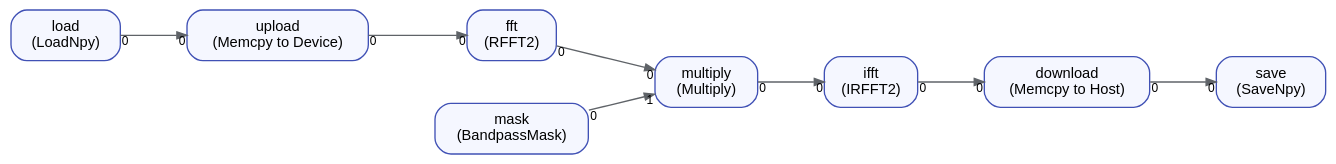
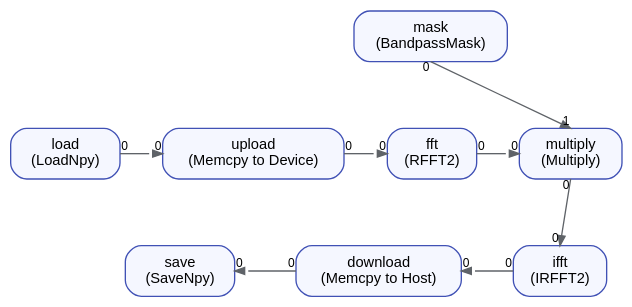
One commit to DigitalHolography/Holoflow changed the diagram in doc/mkdocs/docs/assets/graphs/holoflow-bandpass-spec.dot. Above: the diagram before and after it, drawn with Graphviz. The commit also changed 3 other files, not shown here.

Commit message:
docs: align bandpass graph layouts

```diff
--- a/doc/mkdocs/docs/assets/graphs/holoflow-bandpass-spec.dot
+++ b/doc/mkdocs/docs/assets/graphs/holoflow-bandpass-spec.dot
@@ -1,24 +1,42 @@
 digraph holoflow_graph {
-  rankdir=LR;
-  graph [bgcolor="transparent", pad="0.25", nodesep="0.45", ranksep="0.7"];
+  rankdir=TB;
+  newrank=true;
+  graph [bgcolor="transparent", pad="0.25", nodesep="0.45", ranksep="0.7", splines=polyline];
   node [shape=box, style="rounded,filled", fillcolor="#f5f7ff", color="#4051b5",
         fontname="Helvetica", fontsize=11, margin="0.16,0.10"];
   edge [color="#5f6368", fontname="Helvetica", fontsize=9, arrowsize=0.75];
+
+  node [shape=point, width=0, height=0, label="", style=invis];
+  L0; R0; L1; R1; L2; R2;
+  L0 -> L1 -> L2 [style=invis, weight=1000];
+  R0 -> R1 -> R2 [style=invis, weight=1000];
+
+  node [shape=box, style="rounded,filled", fillcolor="#f5f7ff", color="#4051b5",
+        fontname="Helvetica", fontsize=11, margin="0.16,0.10"];
 
   load [label="load\n(LoadNpy)"];
   upload [label="upload\n(Memcpy to Device)"];
   fft [label="fft\n(RFFT2)"];
   mask [label="mask\n(BandpassMask)"];
   multiply [label="multiply\n(Multiply)"];
   ifft [label="ifft\n(IRFFT2)"];
   download [label="download\n(Memcpy to Host)"];
   save [label="save\n(SaveNpy)"];
 
-  load -> upload [taillabel="0", headlabel="0"];
-  upload -> fft [taillabel="0", headlabel="0"];
-  fft -> multiply [taillabel="0", headlabel="0"];
-  mask -> multiply [taillabel="0", headlabel="1"];
-  multiply -> ifft [taillabel="0", headlabel="0"];
-  ifft -> download [taillabel="0", headlabel="0"];
-  download -> save [taillabel="0", headlabel="0"];
+  { rank=same; L0; mask; R0; }
+  L0 -> mask -> R0 [style=invis, weight=1000];
+  { rank=same; L1; load; upload; fft; multiply; R1; }
+  L1 -> load -> upload -> fft -> multiply -> R1 [style=invis, weight=1000];
+  { rank=same; L2; save; download; ifft; R2; }
+  L2 -> save -> download -> ifft -> R2 [style=invis, weight=1000];
+
+  edge [color="#5f6368", fontname="Helvetica", fontsize=9, arrowsize=0.75,
+        style=solid, constraint=false];
+  load:e -> upload:w [taillabel="0", headlabel="0"];
+  upload:e -> fft:w [taillabel="0", headlabel="0"];
+  fft:e -> multiply:w [taillabel="0", headlabel="0"];
+  mask:s -> multiply:n [taillabel="0", headlabel="1"];
+  multiply:s -> ifft:n [taillabel="0", headlabel="0"];
+  ifft:w -> download:e [taillabel="0", headlabel="0"];
+  download:w -> save:e [taillabel="0", headlabel="0"];
 }
```
